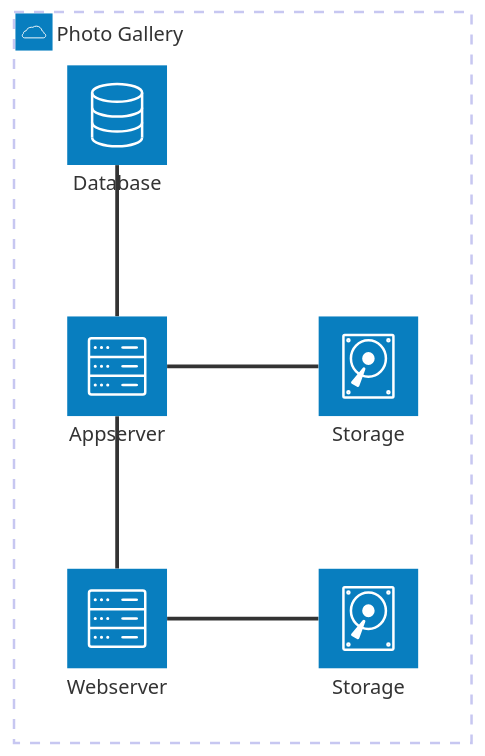
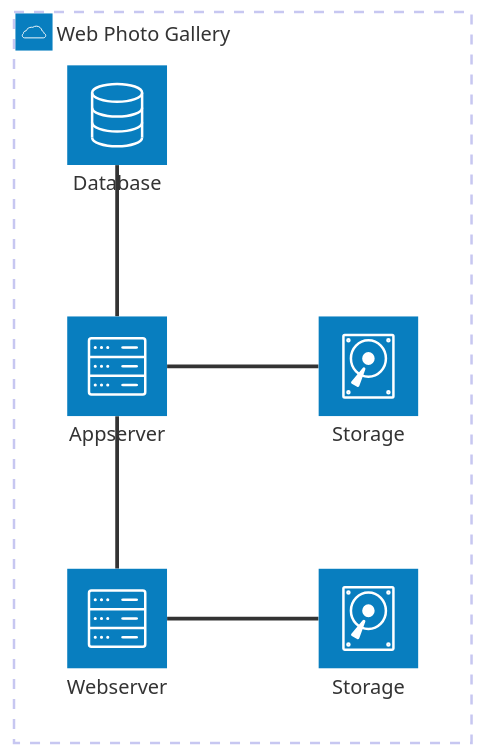
The fourth of 6 diagrams in README.md (Zheng-Bote/qt_files_photo-gallery), drawn with Mermaid before and after one commit. The commit also changed other lines of this file, not shown here.

Commit message:
upd: Mermaid

````diff
--- a/README.md
+++ b/README.md
@@ -400,15 +404,15 @@
 ```mermaid
 architecture-beta
-    group bounded_context(cloud)[Photo Gallery]
+    group bounded_context(cloud)[Web Photo Gallery]
 
     service server1(server)[Webserver] in bounded_context
     service server2(server)[Appserver] in bounded_context
     service db(database)[Database] in bounded_context
     service disk1(disk)[Storage] in bounded_context
     service disk2(disk)[Storage] in bounded_context
 
     server1:T -- B:server2
+    disk1:L -- R:server1
     server2:T -- B:db
     disk2:L -- R:server2
-    disk1:L -- R:server1
 ```
````
